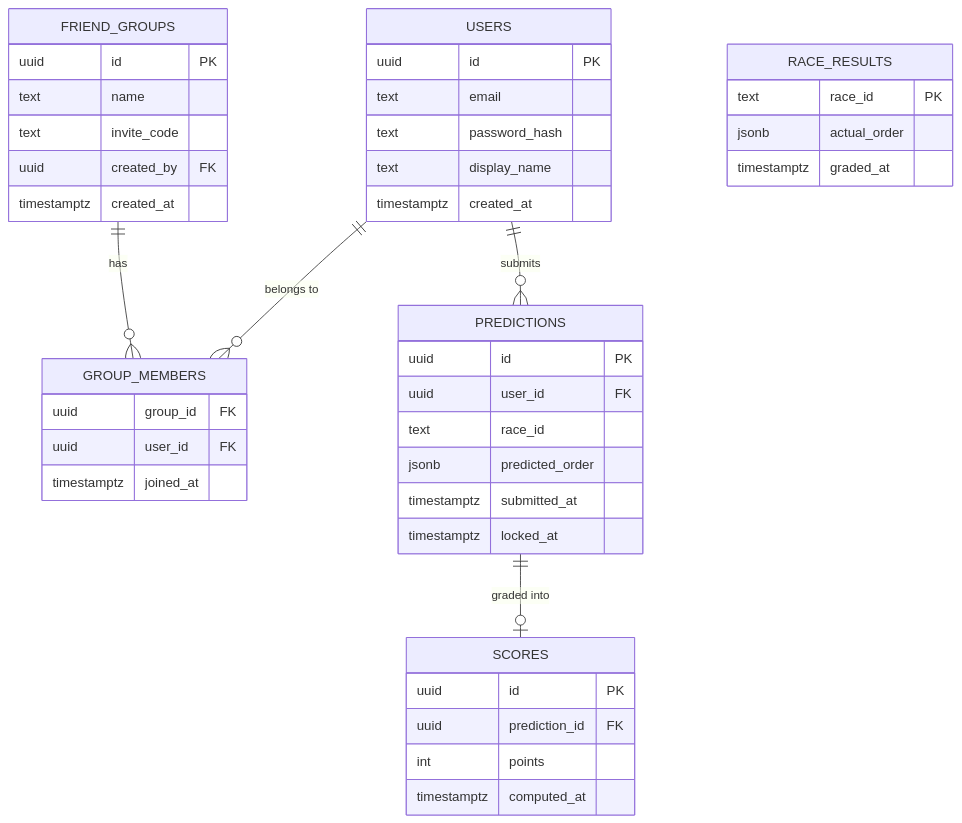
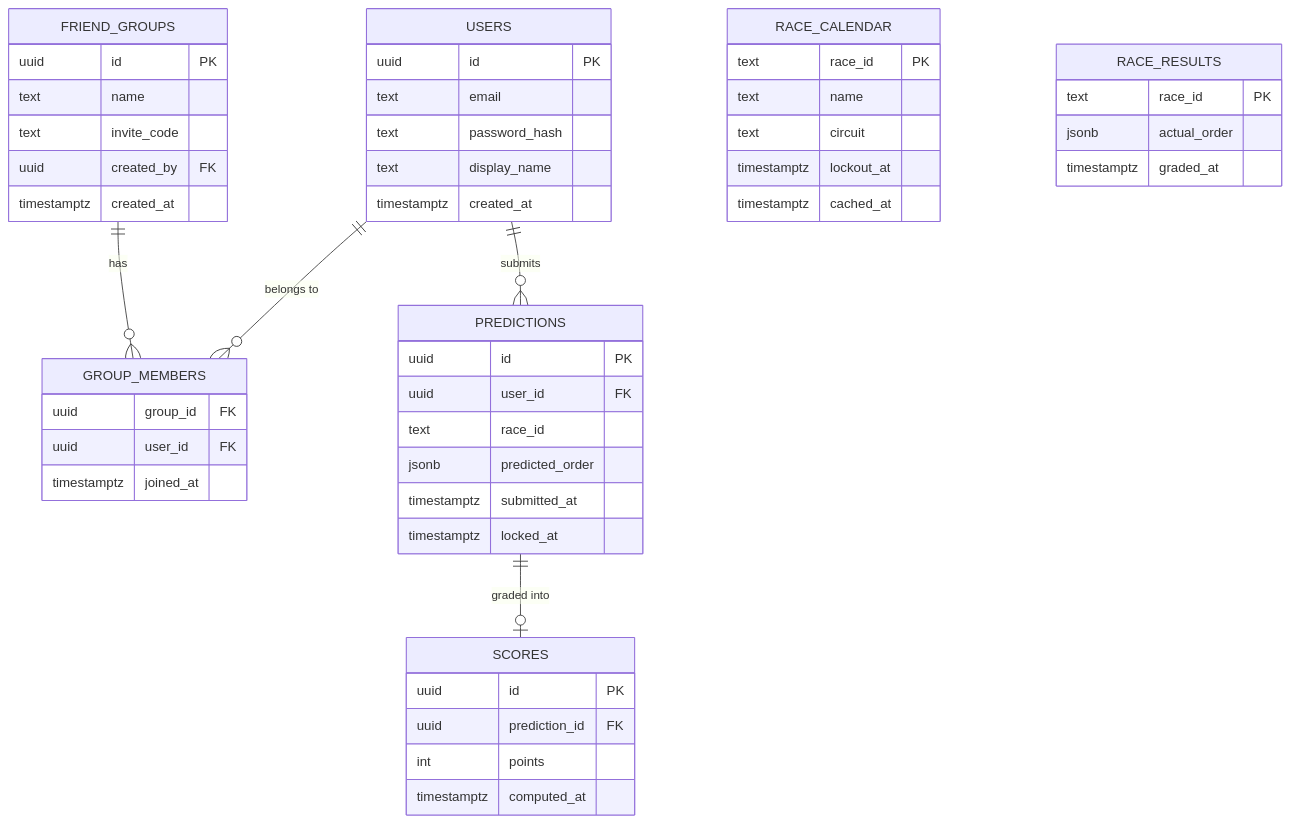
The diagram in docs/data-model.md (RickyRAV/cross-lights-out), drawn with Mermaid before and after one commit. The commit also changed other lines of this file and 5 other files, not shown here.

````diff
--- a/docs/data-model.md
+++ b/docs/data-model.md
@@ -11,51 +11,59 @@
 ```mermaid
 erDiagram
     USERS {
         uuid id PK
         text email
         text password_hash
         text display_name
         timestamptz created_at
     }
 
     FRIEND_GROUPS {
         uuid id PK
         text name
         text invite_code
         uuid created_by FK
         timestamptz created_at
     }
 
     GROUP_MEMBERS {
         uuid group_id FK
         uuid user_id FK
         timestamptz joined_at
     }
 
     PREDICTIONS {
         uuid id PK
         uuid user_id FK
         text race_id
         jsonb predicted_order
         timestamptz submitted_at
         timestamptz locked_at
     }
 
+    RACE_CALENDAR {
+        text race_id PK
+        text name
+        text circuit
+        timestamptz lockout_at
+        timestamptz cached_at
+    }
+
     RACE_RESULTS {
         text race_id PK
         jsonb actual_order
         timestamptz graded_at
     }
 
     SCORES {
         uuid id PK
         uuid prediction_id FK
         int points
         timestamptz computed_at
     }
 
     USERS ||--o{ GROUP_MEMBERS : "belongs to"
     FRIEND_GROUPS ||--o{ GROUP_MEMBERS : "has"
     USERS ||--o{ PREDICTIONS : "submits"
     PREDICTIONS ||--o| SCORES : "graded into"
 ```
````
